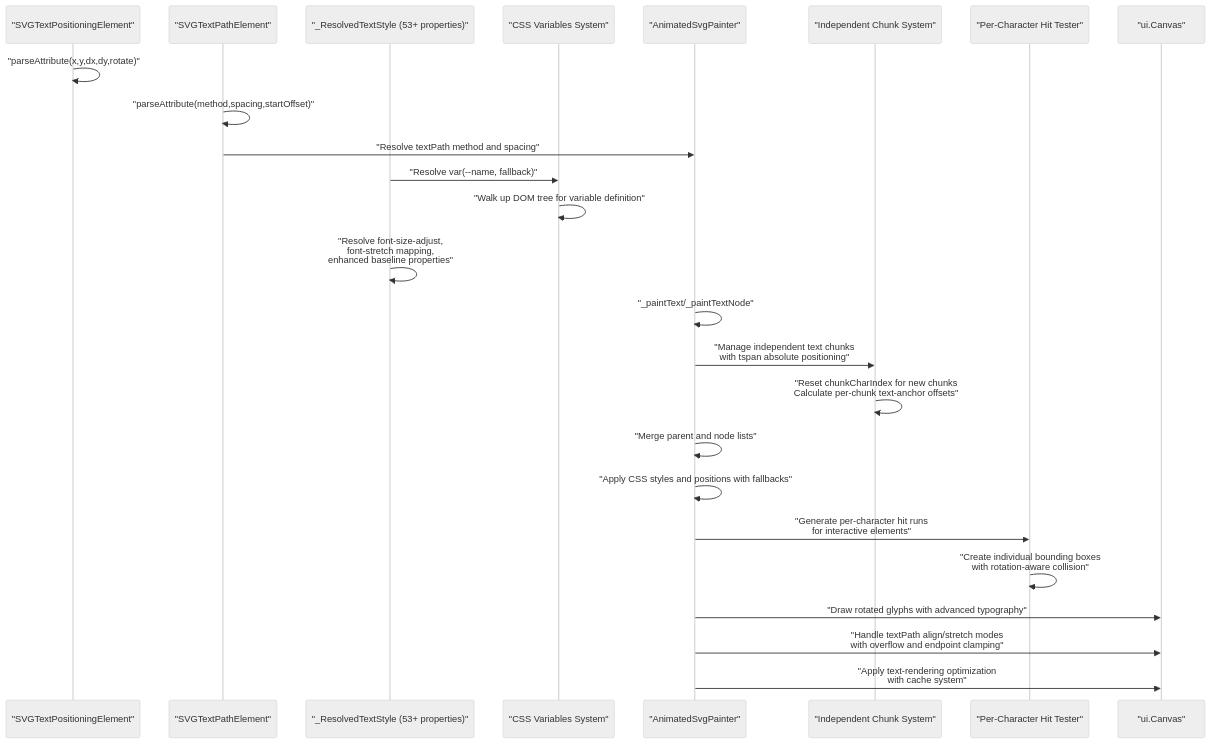
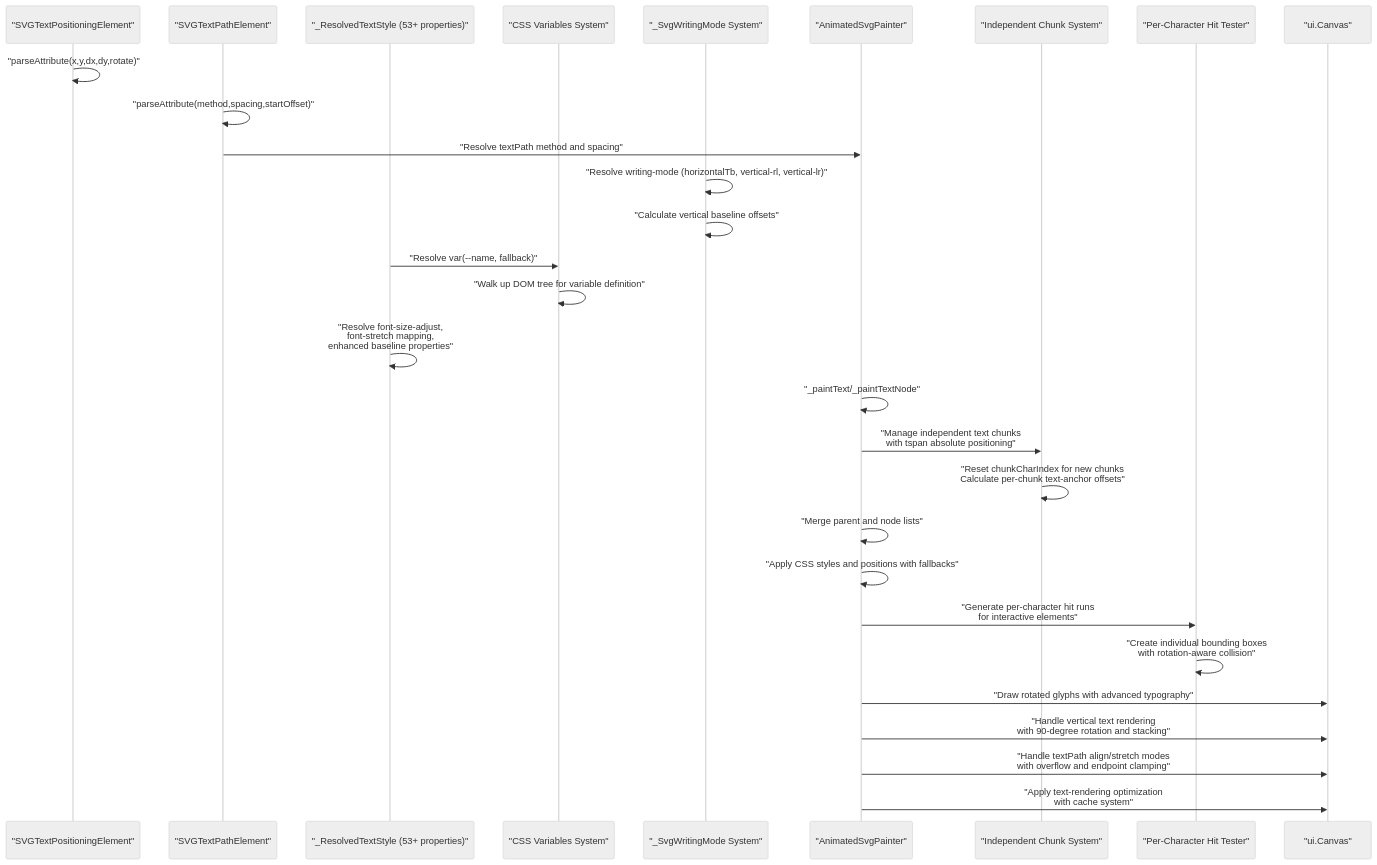
One commit to denisnadey/flutter_full_svg_support changed the second of 5 diagrams in .qoder/repowiki/en/content/Animated SVG Support/Text Positioning Attributes.md. Above: the diagram before and after it, drawn with Mermaid (neutral theme). The commit also changed other lines of this file and 30 other files, not shown here.

````diff
--- a/.qoder/repowiki/en/content/Animated SVG Support/Text Positioning Attributes.md
+++ b/.qoder/repowiki/en/content/Animated SVG Support/Text Positioning Attributes.md
@@ -196,27 +218,31 @@
 ```mermaid
 sequenceDiagram
 participant Parser as "SVGTextPositioningElement"
 participant TextPath as "SVGTextPathElement"
 participant CSSResolver as "_ResolvedTextStyle (53+ properties)"
 participant CSSVars as "CSS Variables System"
+participant Writer as "_SvgWritingMode System"
 participant Renderer as "AnimatedSvgPainter"
 participant ChunkSystem as "Independent Chunk System"
 participant HitTester as "Per-Character Hit Tester"
 participant Canvas as "ui.Canvas"
 Parser->>Parser : "parseAttribute(x,y,dx,dy,rotate)"
 TextPath->>TextPath : "parseAttribute(method,spacing,startOffset)"
 TextPath->>Renderer : "Resolve textPath method and spacing"
+Writer->>Writer : "Resolve writing-mode (horizontalTb, vertical-rl, vertical-lr)"
+Writer->>Writer : "Calculate vertical baseline offsets"
 CSSResolver->>CSSVars : "Resolve var(--name, fallback)"
 CSSVars->>CSSVars : "Walk up DOM tree for variable definition"
 CSSResolver->>CSSResolver : "Resolve font-size-adjust,<br/>font-stretch mapping,<br/>enhanced baseline properties"
 Renderer->>Renderer : "_paintText/_paintTextNode"
 Renderer->>ChunkSystem : "Manage independent text chunks<br/>with tspan absolute positioning"
 ChunkSystem->>ChunkSystem : "Reset chunkCharIndex for new chunks<br/>Calculate per-chunk text-anchor offsets"
 Renderer->>Renderer : "Merge parent and node lists"
 Renderer->>Renderer : "Apply CSS styles and positions with fallbacks"
 Renderer->>HitTester : "Generate per-character hit runs<br/>for interactive elements"
 HitTester->>HitTester : "Create individual bounding boxes<br/>with rotation-aware collision"
 Renderer->>Canvas : "Draw rotated glyphs with advanced typography"
+Renderer->>Canvas : "Handle vertical text rendering<br/>with 90-degree rotation and stacking"
 Renderer->>Canvas : "Handle textPath align/stretch modes<br/>with overflow and endpoint clamping"
 Renderer->>Canvas : "Apply text-rendering optimization<br/>with cache system"
 ```
````
